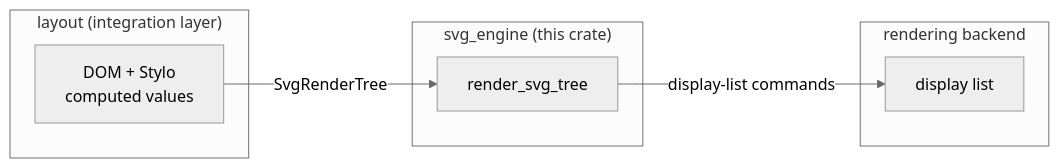
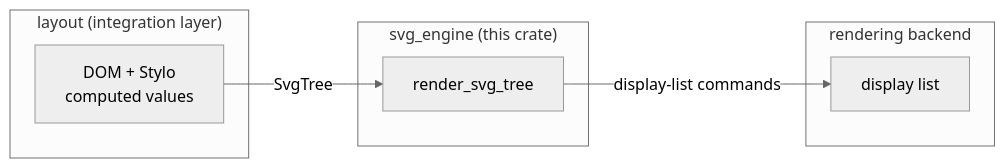
The first of 7 diagrams in components/svg_engine/README.md (mu-mostafa98/servo), drawn with Mermaid (neutral theme) before and after one commit. The commit also changed other lines of this file and 51 other files, not shown here.

````diff
--- a/components/svg_engine/README.md
+++ b/components/svg_engine/README.md
@@ -161,17 +161,17 @@
 ```mermaid
 flowchart LR
     subgraph LAYOUT["layout (integration layer)"]
         DOM["DOM + Stylo<br/>computed values"]
     end
 
     subgraph ENGINE["svg_engine (this crate)"]
         RST["render_svg_tree"]
     end
 
     subgraph WR["rendering backend"]
         DL["display list"]
     end
 
-    DOM -->|"SvgRenderTree"| RST
+    DOM -->|"SvgTree"| RST
     RST -->|"display-list commands"| DL
 ```
````
